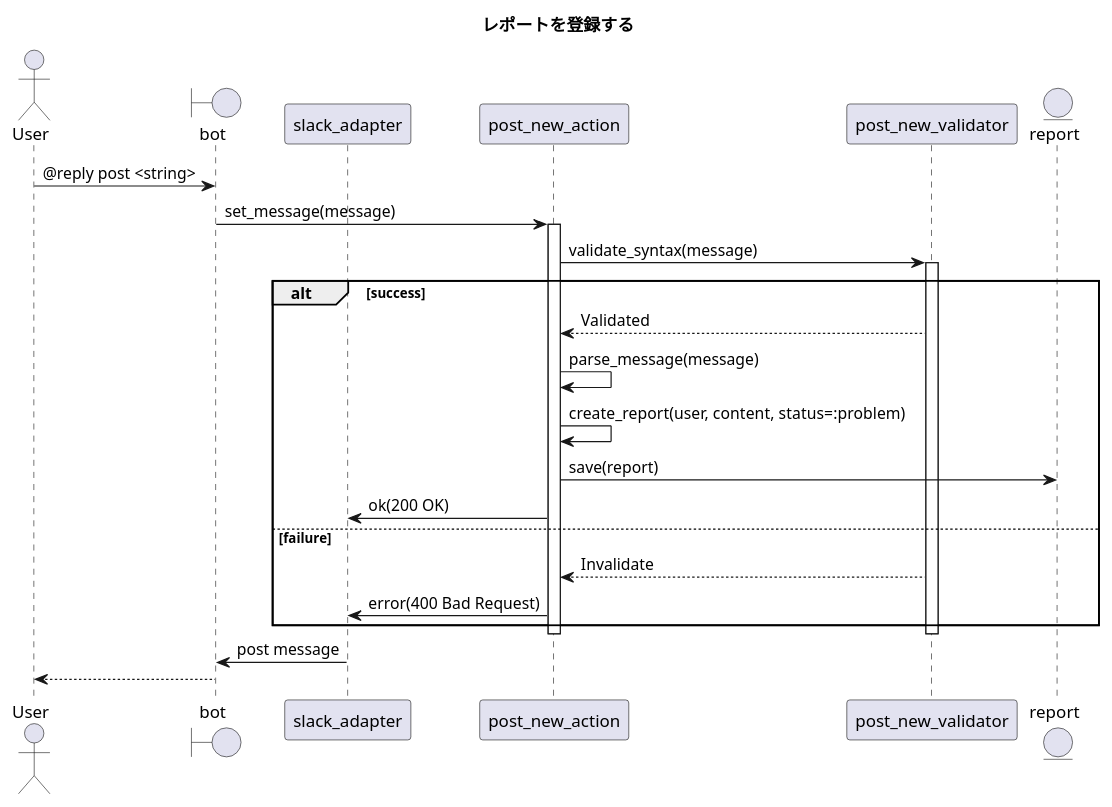
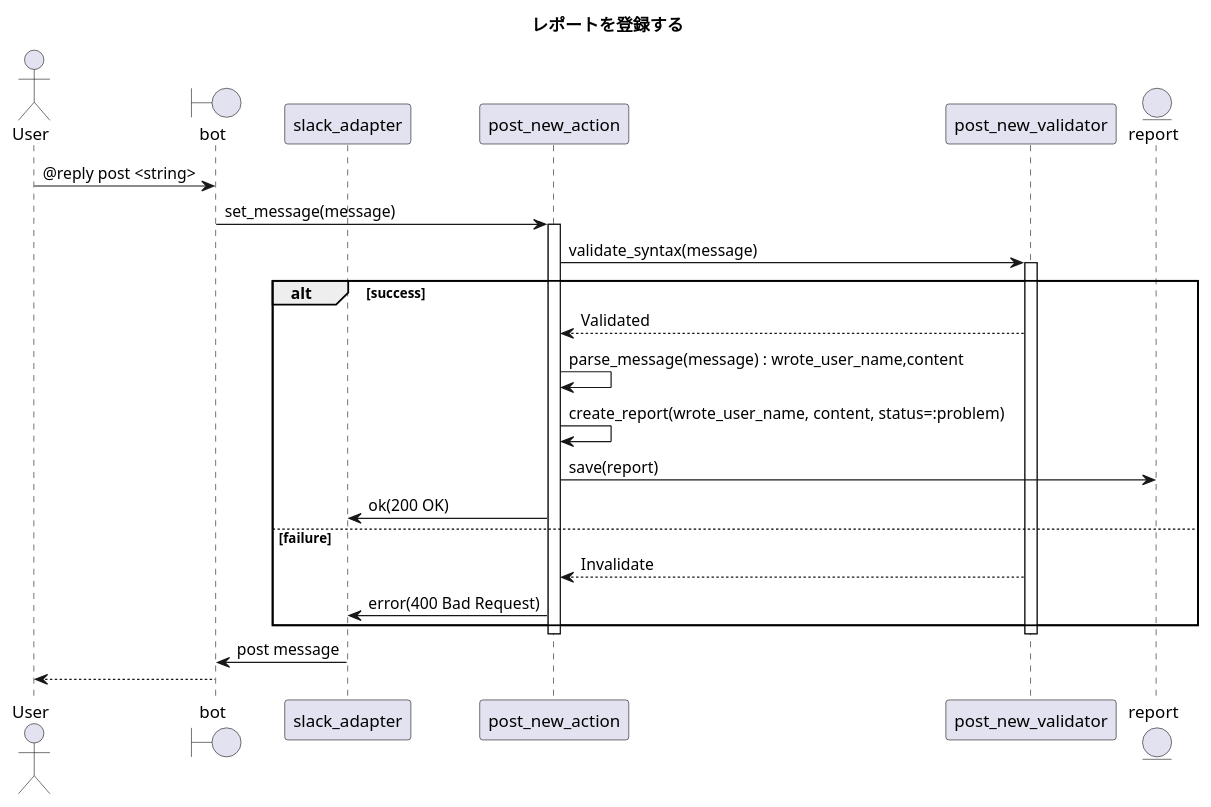
Before and after one commit to ito-masam/kpt-guard.doc: the diagram in 1.design/5.sequences/post-report-new.md, drawn with PlantUML. The commit also changed 9 other files, not shown here.

```diff
--- a/1.design/5.sequences/post-report-new.md
+++ b/1.design/5.sequences/post-report-new.md
@@ -1,35 +1,35 @@
 @startuml
 
     ' ----------- meta
     title レポートを登録する
 
     actor User
     boundary bot
     participant slack_adapter
     participant post_new_action
     participant post_new_validator
     entity report
 
     ' ----------- main
     User -> bot : @reply post <string>
     bot -> post_new_action : set_message(message)
     activate post_new_action
         post_new_action -> post_new_validator : validate_syntax(message)
         activate post_new_validator
             alt success
                 post_new_validator --> post_new_action : Validated
-                post_new_action -> post_new_action : parse_message(message)
-                post_new_action -> post_new_action : create_report(user, content, status=:problem)
+                post_new_action -> post_new_action : parse_message(message) : wrote_user_name,content
+                post_new_action -> post_new_action : create_report(wrote_user_name, content, status=:problem)
                 post_new_action -> report : save(report)
                 post_new_action -> slack_adapter : ok(200 OK)
             else failure
                 ' ----------- alternative
                 post_new_validator --> post_new_action : Invalidate
                 post_new_action -> slack_adapter : error(400 Bad Request)
             end
         deactivate post_new_validator
     deactivate post_new_action
     slack_adapter -> bot : post message
     bot --> User
 
 @enduml
```
